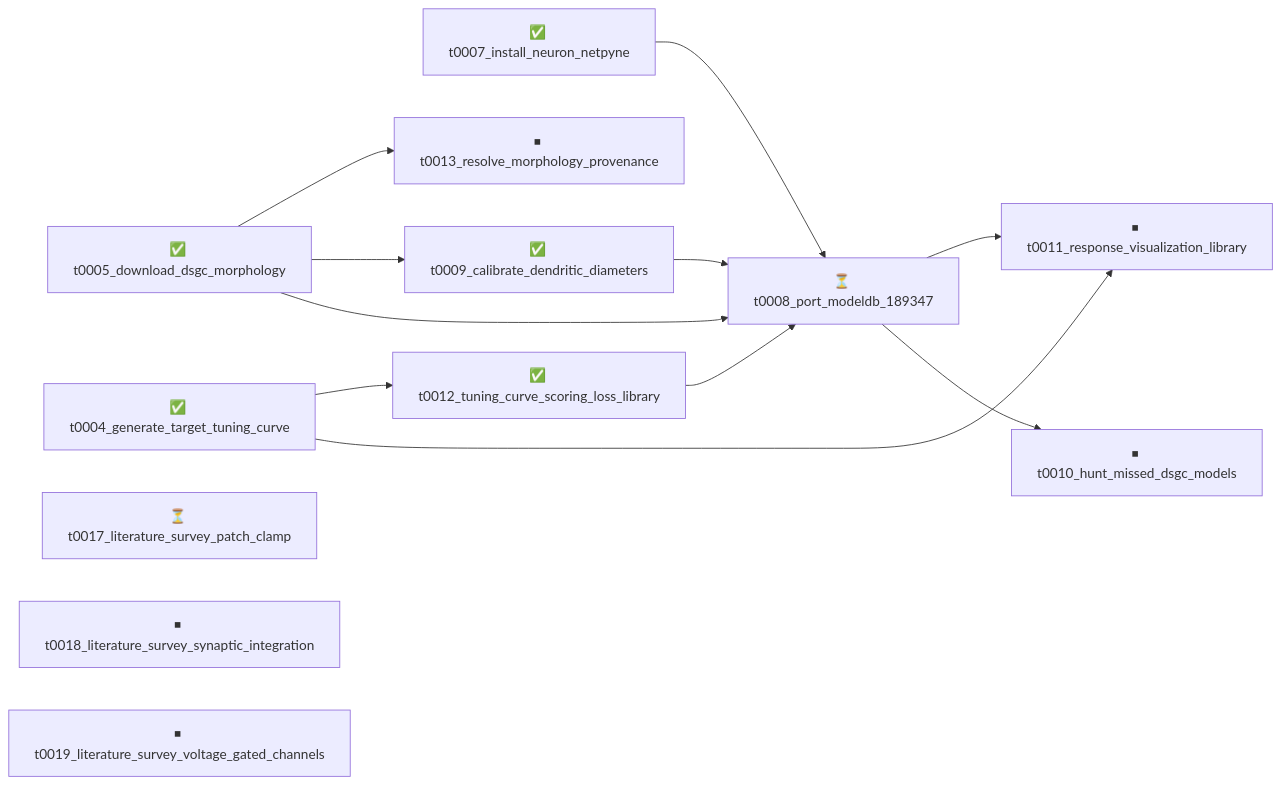
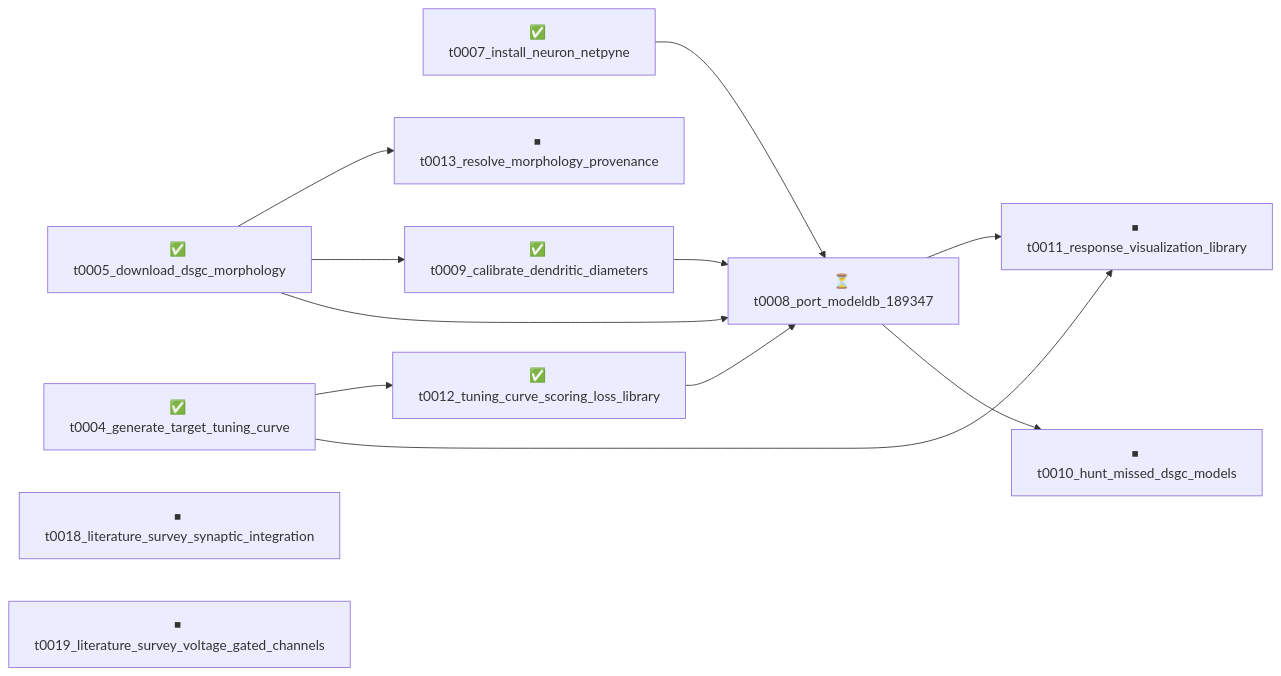
Before and after one commit to tonza17/neuron-channels: the diagram in overview/tasks/README.md, drawn with Mermaid. The commit also changed other lines of this file and 53 other files, not shown here.

Commit message:
overview: refresh after t0017_literature_survey_patch_clamp merge

````diff
--- a/overview/tasks/README.md
+++ b/overview/tasks/README.md
@@ -13,26 +13,25 @@
 ```mermaid
 graph LR
     t0004_generate_target_tuning_curve["✅ t0004_generate_target_tuning_curve"]
     t0005_download_dsgc_morphology["✅ t0005_download_dsgc_morphology"]
     t0007_install_neuron_netpyne["✅ t0007_install_neuron_netpyne"]
     t0008_port_modeldb_189347["⏳ t0008_port_modeldb_189347"]
     t0009_calibrate_dendritic_diameters["✅ t0009_calibrate_dendritic_diameters"]
     t0010_hunt_missed_dsgc_models["⏹ t0010_hunt_missed_dsgc_models"]
     t0011_response_visualization_library["⏹ t0011_response_visualization_library"]
     t0012_tuning_curve_scoring_loss_library["✅ t0012_tuning_curve_scoring_loss_library"]
     t0013_resolve_morphology_provenance["⏹ t0013_resolve_morphology_provenance"]
-    t0017_literature_survey_patch_clamp["⏳ t0017_literature_survey_patch_clamp"]
     t0018_literature_survey_synaptic_integration["⏹ t0018_literature_survey_synaptic_integration"]
     t0019_literature_survey_voltage_gated_channels["⏹ t0019_literature_survey_voltage_gated_channels"]
 
     t0005_download_dsgc_morphology --> t0008_port_modeldb_189347
     t0007_install_neuron_netpyne --> t0008_port_modeldb_189347
     t0009_calibrate_dendritic_diameters --> t0008_port_modeldb_189347
     t0012_tuning_curve_scoring_loss_library --> t0008_port_modeldb_189347
     t0005_download_dsgc_morphology --> t0009_calibrate_dendritic_diameters
     t0008_port_modeldb_189347 --> t0010_hunt_missed_dsgc_models
     t0004_generate_target_tuning_curve --> t0011_response_visualization_library
     t0008_port_modeldb_189347 --> t0011_response_visualization_library
     t0004_generate_target_tuning_curve --> t0012_tuning_curve_scoring_loss_library
     t0005_download_dsgc_morphology --> t0013_resolve_morphology_provenance
 ```
````
